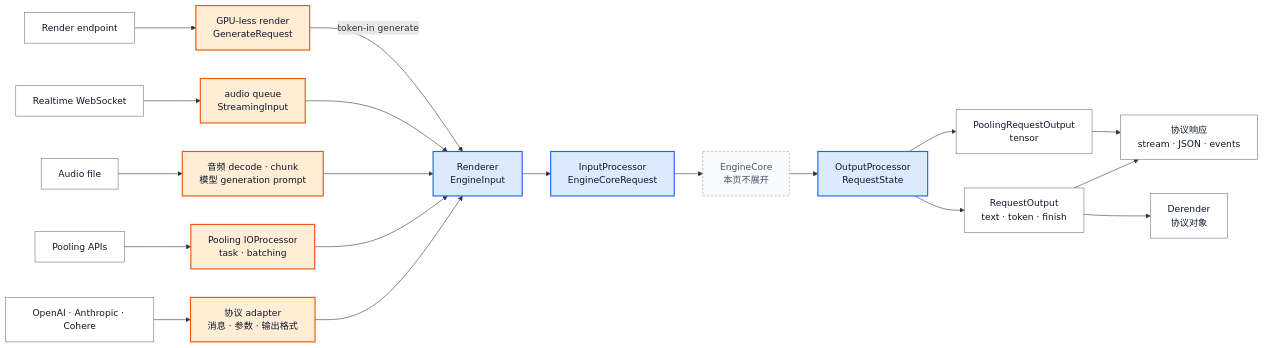
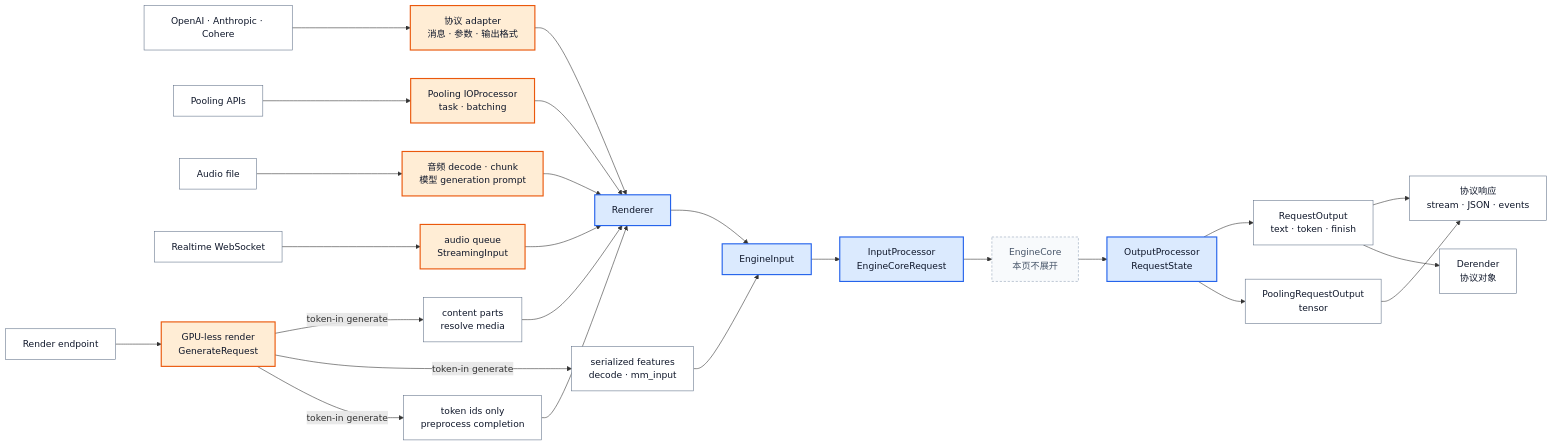
One commit to suhaibo666/llm-knowledge changed the diagram in wiki/02_engineering/03_infer_frameworks/vllm/04_vllm_request_semantics_analysis.md. Above: the diagram before and after it, drawn with Mermaid. The commit also changed other lines of this file, not shown here.

Commit message:
docs(vllm): correct token-in request paths

````diff
--- a/wiki/02_engineering/03_infer_frameworks/vllm/04_vllm_request_semantics_analysis.md
+++ b/wiki/02_engineering/03_infer_frameworks/vllm/04_vllm_request_semantics_analysis.md
@@ -35,53 +35,63 @@
 ```mermaid
 flowchart LR
     P1["OpenAI · Anthropic · Cohere"]
     P2["Pooling APIs"]
     P3["Audio file"]
     P4["Realtime WebSocket"]
     P5["Render endpoint"]
 
     A1["协议 adapter<br/>消息 · 参数 · 输出格式"]
     A2["Pooling IOProcessor<br/>task · batching"]
     A3["音频 decode · chunk<br/>模型 generation prompt"]
     A4["audio queue<br/>StreamingInput"]
     A5["GPU-less render<br/>GenerateRequest"]
 
-    R["Renderer<br/>EngineInput"]
+    T1["content parts<br/>resolve media"]
+    T2["serialized features<br/>decode · mm_input"]
+    T3["token ids only<br/>preprocess completion"]
+    R["Renderer"]
+    E["EngineInput"]
     I["InputProcessor<br/>EngineCoreRequest"]
     C["EngineCore<br/>本页不展开"]
     O["OutputProcessor<br/>RequestState"]
 
     U1["RequestOutput<br/>text · token · finish"]
     U2["PoolingRequestOutput<br/>tensor"]
     U3["协议响应<br/>stream · JSON · events"]
     D["Derender<br/>协议对象"]
 
     P1 --> A1
     P2 --> A2
     P3 --> A3
     P4 --> A4
     P5 --> A5
 
     A1 --> R
     A2 --> R
     A3 --> R
     A4 --> R
-    A5 -->|token-in generate| R
-    R --> I
+    A5 -->|token-in generate| T1
+    A5 -->|token-in generate| T2
+    A5 -->|token-in generate| T3
+    T1 --> R
+    T2 --> E
+    T3 --> R
+    R --> E
+    E --> I
     I --> C
     C --> O
     O --> U1
     O --> U2
     U1 --> U3
     U2 --> U3
     U1 --> D
 
     classDef neutral fill:#ffffff,stroke:#64748b,color:#0f172a
     classDef acc1 fill:#dbeafe,stroke:#2563eb,color:#0f172a,stroke-width:2px
     classDef acc2 fill:#ffedd5,stroke:#ea580c,color:#0f172a,stroke-width:2px
     classDef ghost fill:#f8fafc,stroke:#94a3b8,color:#475569,stroke-dasharray:4 3
-    class P1,P2,P3,P4,P5,U1,U2,U3,D neutral
-    class R,I,O acc1
+    class P1,P2,P3,P4,P5,T1,T2,T3,U1,U2,U3,D neutral
+    class R,E,I,O acc1
     class A1,A2,A3,A4,A5 acc2
     class C ghost
 ```
````
